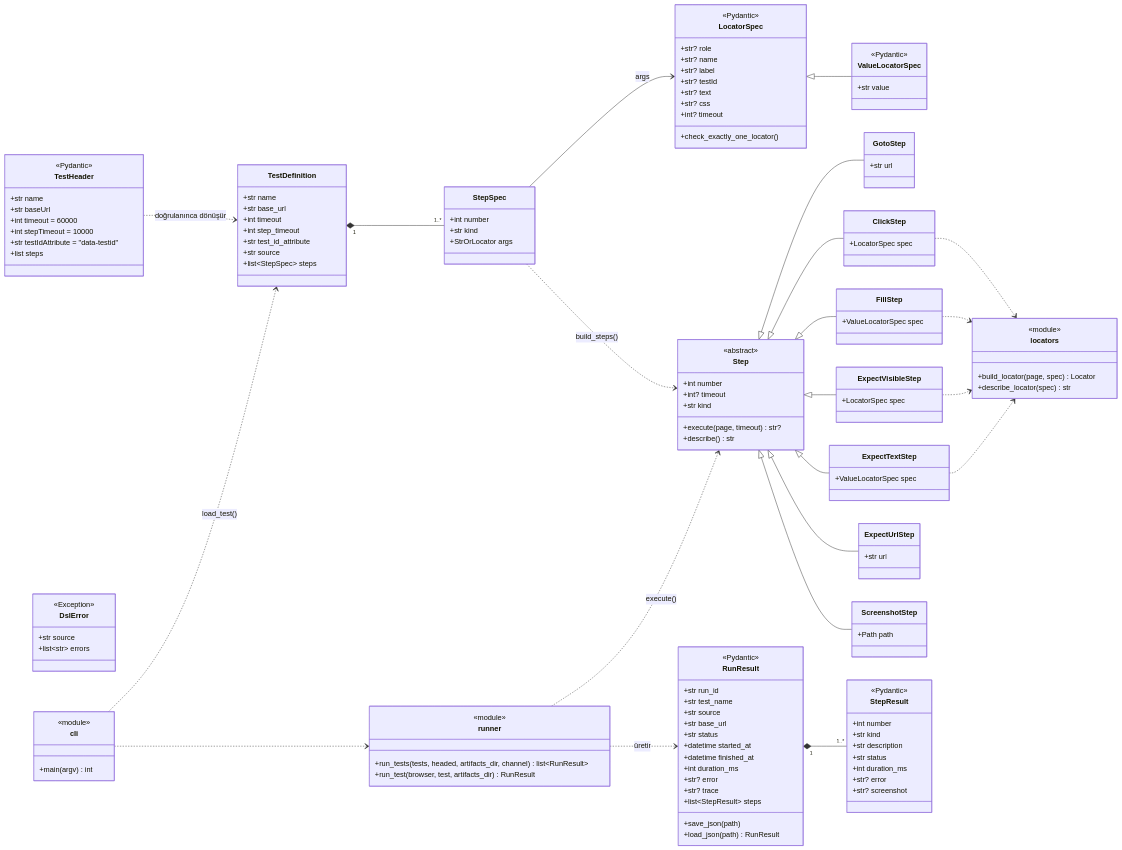
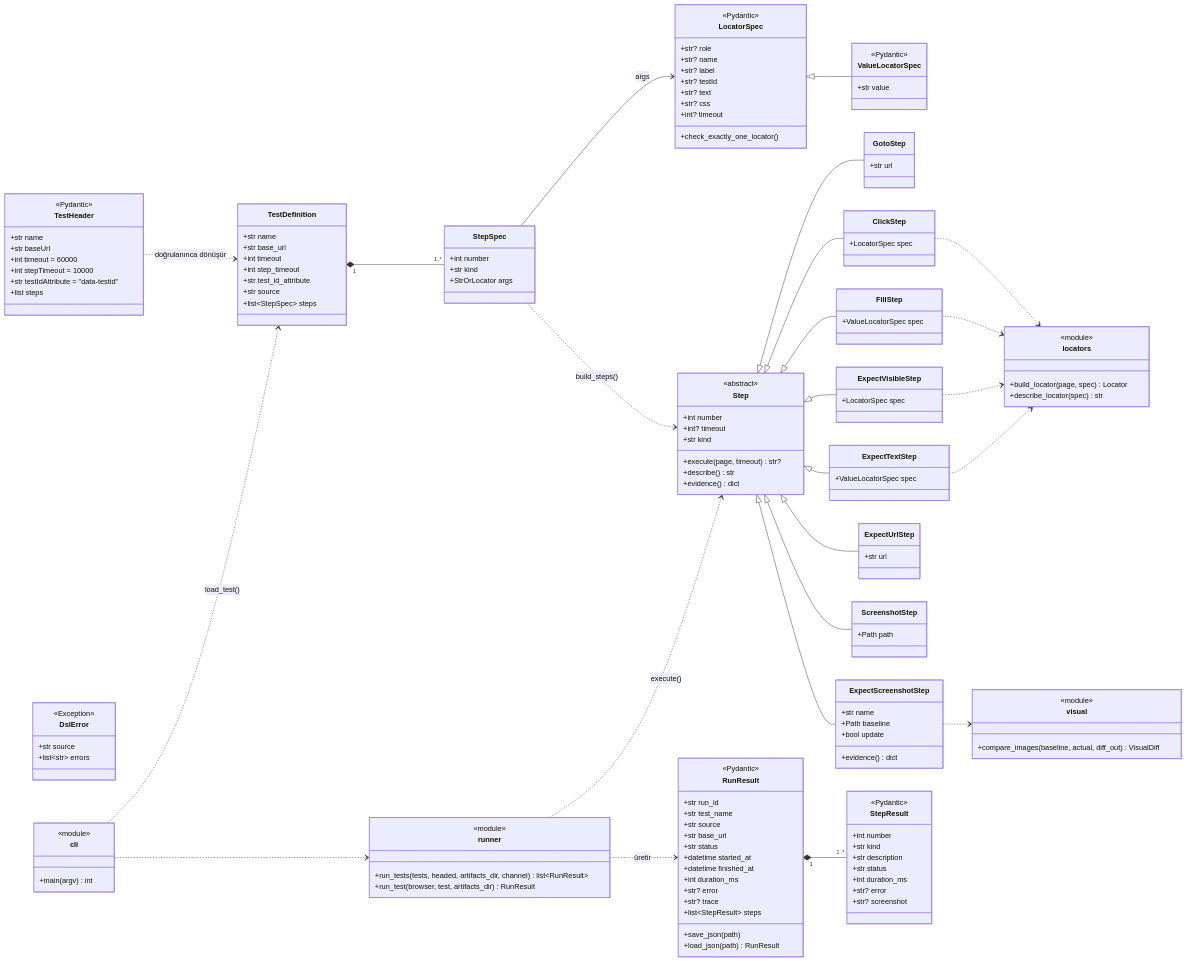
Before and after one commit to FurkanHaltas/ui-test-platform: the diagram in docs/uml/sinif-diyagrami.md, drawn with Mermaid. The commit also changed 9 other files, not shown here.

```diff
--- a/docs/uml/sinif-diyagrami.md
+++ b/docs/uml/sinif-diyagrami.md
@@ -65,6 +65,7 @@
         +str kind
         +execute(page, timeout) str?
         +describe() str
+        +evidence() dict
     }
     class GotoStep { +str url }
     class ClickStep { +LocatorSpec spec }
@@ -73,6 +74,16 @@
     class ExpectTextStep { +ValueLocatorSpec spec }
     class ExpectUrlStep { +str url }
     class ScreenshotStep { +Path path }
+    class ExpectScreenshotStep {
+        +str name
+        +Path baseline
+        +bool update
+        +evidence() dict
+    }
+    class visual {
+        <<module>>
+        +compare_images(baseline, actual, diff_out) VisualDiff
+    }
 
     Step <|-- GotoStep
     Step <|-- ClickStep
@@ -81,6 +92,8 @@
     Step <|-- ExpectTextStep
     Step <|-- ExpectUrlStep
     Step <|-- ScreenshotStep
+    Step <|-- ExpectScreenshotStep
+    ExpectScreenshotStep ..> visual
     StepSpec ..> Step : build_steps()
 
     %% ---------- locators.py ----------
```
